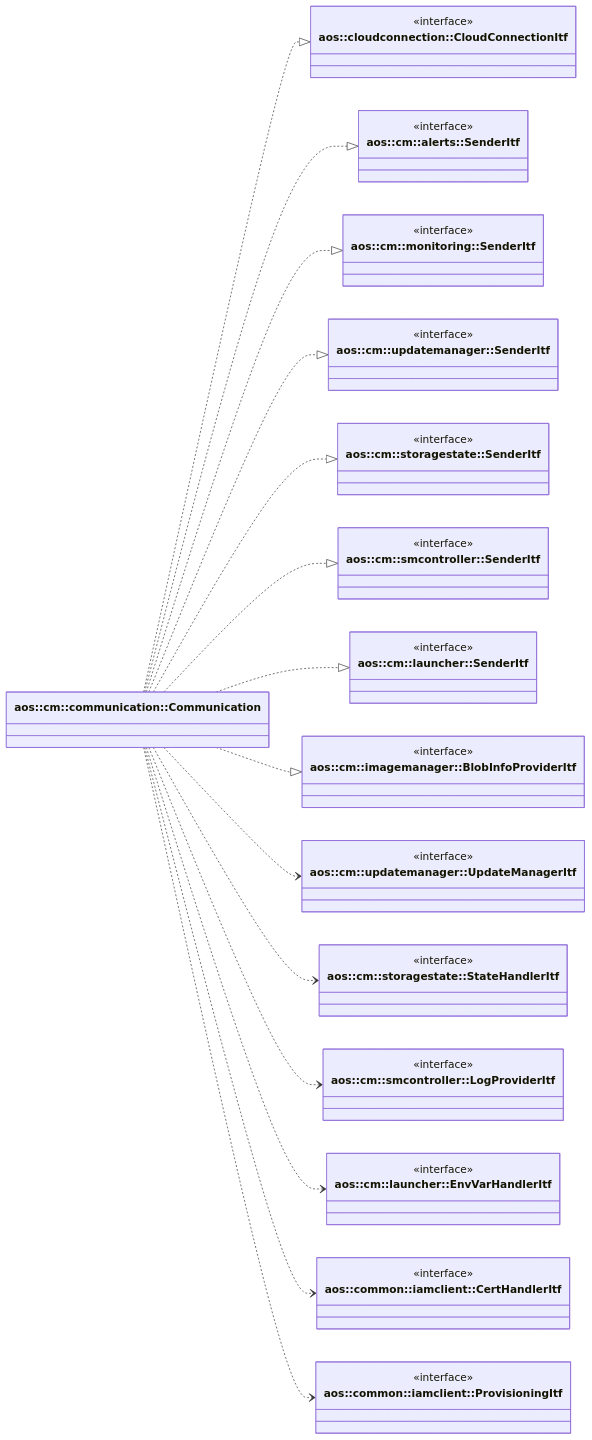
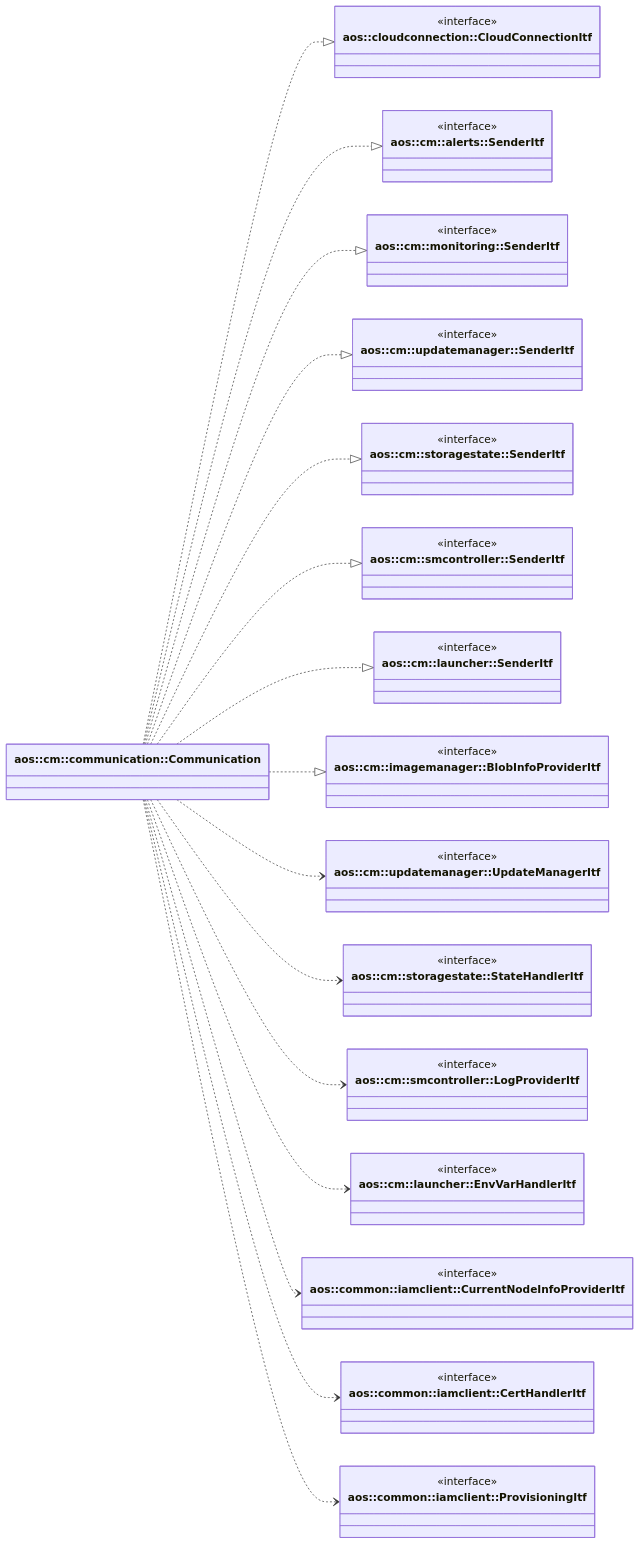
The diagram in src/core/cm/communication/communication.md (aosedge/aos_core_lib_cpp), drawn with Mermaid before and after one commit. The commit also changed other lines of this file and 13 other files, not shown here.

````diff
--- a/src/core/cm/communication/communication.md
+++ b/src/core/cm/communication/communication.md
@@ -80,6 +82,10 @@
         <<interface>>
     }
 
+    class CurrentNodeInfoProviderItf ["aos::common::iamclient::CurrentNodeInfoProviderItf"] {
+        <<interface>>
+    }
+
     class CertHandlerItf ["aos::common::iamclient::CertHandlerItf"] {
         <<interface>>
     }
@@ -102,6 +108,7 @@
     Communication ..> StateHandlerItf
     Communication ..> LogProviderItf
     Communication ..> EnvVarHandlerItf
+    Communication ..> CurrentNodeInfoProviderItf
     Communication ..> CertHandlerItf
     Communication ..> ProvisioningItf
 ```
````
